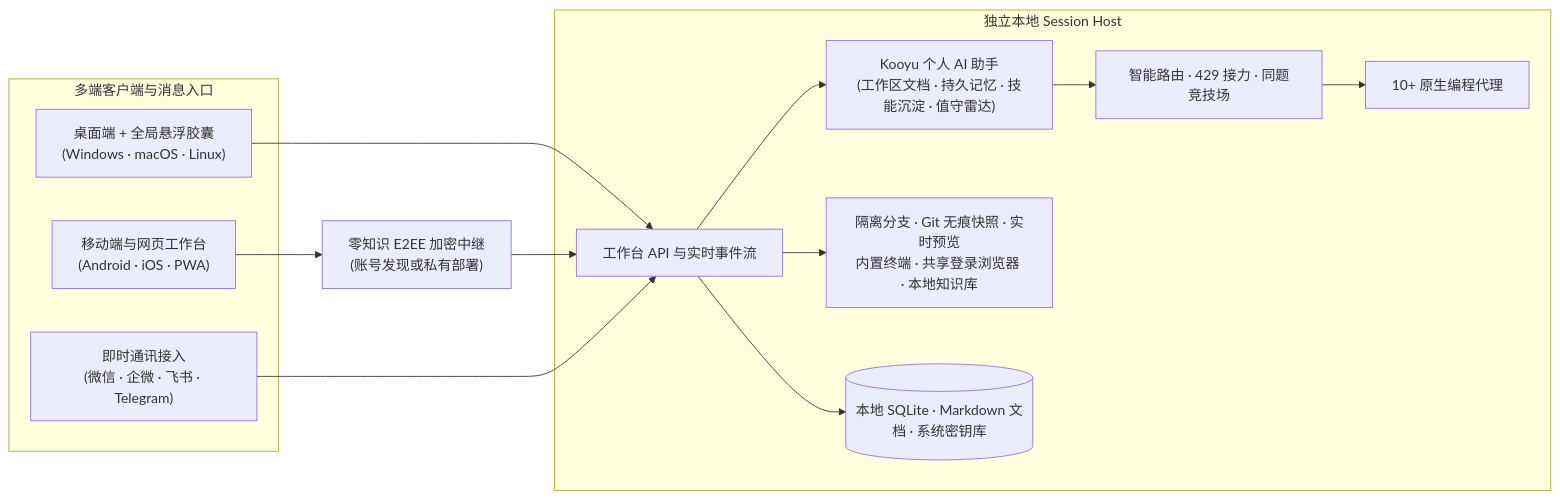
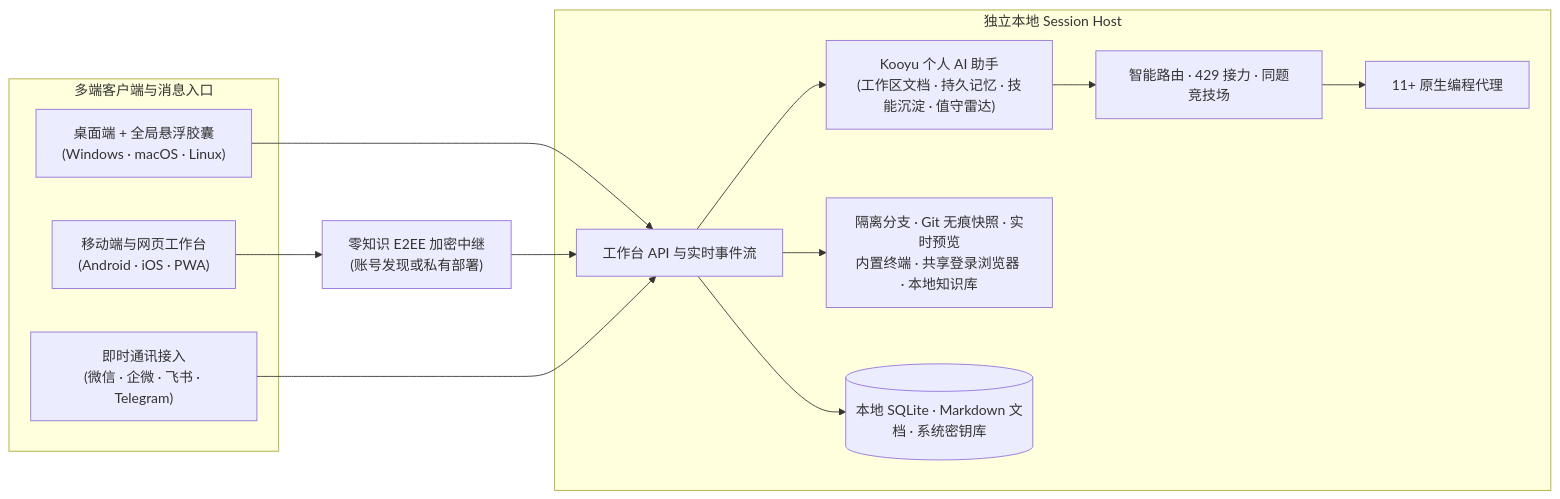
Before and after one commit to sh2001sh/Kooyu: the diagram in README.zh-CN.md, drawn with Mermaid. The commit also changed other lines of this file and 14 other files, not shown here.

````diff
--- a/README.zh-CN.md
+++ b/README.zh-CN.md
@@ -247,27 +248,27 @@
 ```mermaid
 flowchart LR
   subgraph Clients["多端客户端与消息入口"]
     Desktop["桌面端 + 全局悬浮胶囊\n(Windows · macOS · Linux)"]
     Mobile["移动端与网页工作台\n(Android · iOS · PWA)"]
     IM["即时通讯接入\n(微信 · 企微 · 飞书 · Telegram)"]
   end
 
   Bridge["零知识 E2EE 加密中继\n(账号发现或私有部署)"]
 
   subgraph Host["独立本地 Session Host"]
     API["工作台 API 与实时事件流"]
     Supervisor["Kooyu 个人 AI 助手\n(工作区文档 · 持久记忆 · 技能沉淀 · 值守雷达)"]
     Router["智能路由 · 429 接力 · 同题竞技场"]
-    Adapters["10+ 原生编程代理"]
+    Adapters["11+ 原生编程代理"]
     Tools["隔离分支 · Git 无痕快照 · 实时预览\n内置终端 · 共享登录浏览器 · 本地知识库"]
     Storage[("本地 SQLite · Markdown 文档 · 系统密钥库")]
   end
 
   Desktop --> API
   Mobile --> Bridge --> API
   IM --> API
   API --> Supervisor
   Supervisor --> Router --> Adapters
   API --> Tools
   API --> Storage
 ```
````
